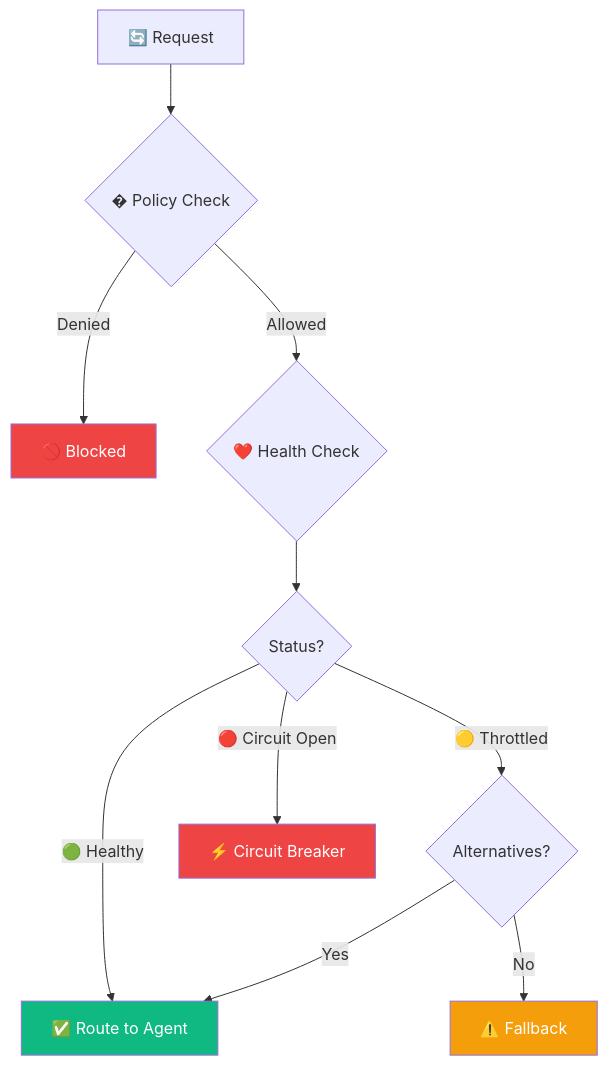
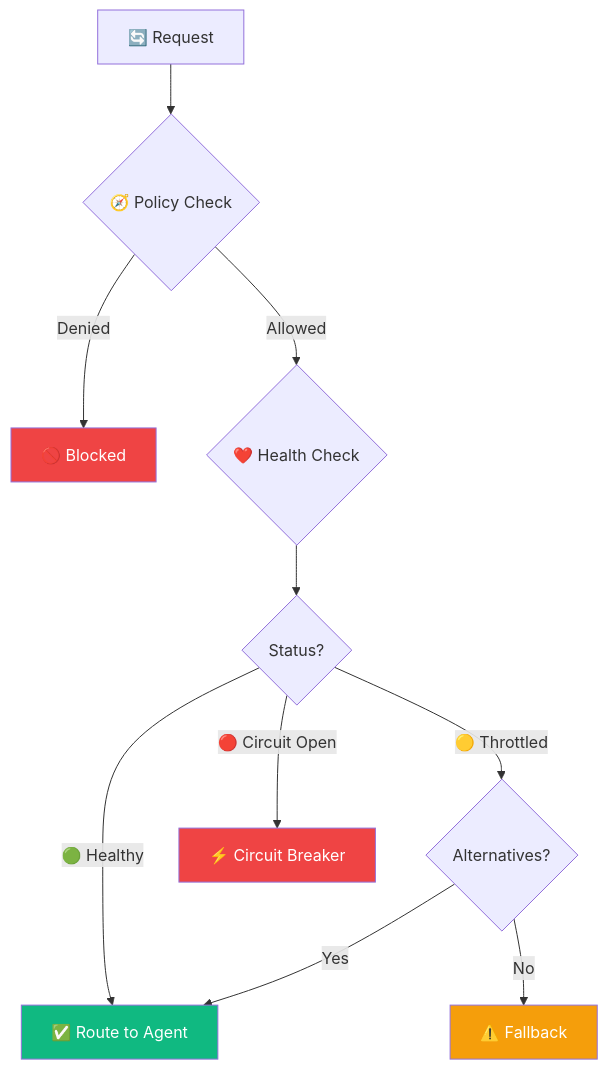
Before and after one commit to jnPiyush/AI-Squad: the fourth of 7 diagrams in README.md, drawn with Mermaid. The commit also changed other lines of this file, not shown here.

````diff
--- a/README.md
+++ b/README.md
@@ -141,19 +141,19 @@
 ```mermaid
 flowchart TD
-    Req[🔄 Request] --> Policy{�️ Policy Check}
+    Req[🔄 Request] --> Policy{🧭 Policy Check}
     Policy -->|Denied| Block[🚫 Blocked]
     Policy -->|Allowed| Health{❤️ Health Check}
     
     Health --> Status{Status?}
     Status -->|🟢 Healthy| Route[✅ Route to Agent]
     Status -->|🟡 Throttled| Alt{Alternatives?}
     Status -->|🔴 Circuit Open| CB[⚡ Circuit Breaker]
     
     Alt -->|Yes| Route
     Alt -->|No| Fallback[⚠️ Fallback]
     
     style Route fill:#10b981,color:#fff
     style Block fill:#ef4444,color:#fff
     style CB fill:#ef4444,color:#fff
     style Fallback fill:#f59e0b,color:#fff
 ```
````
